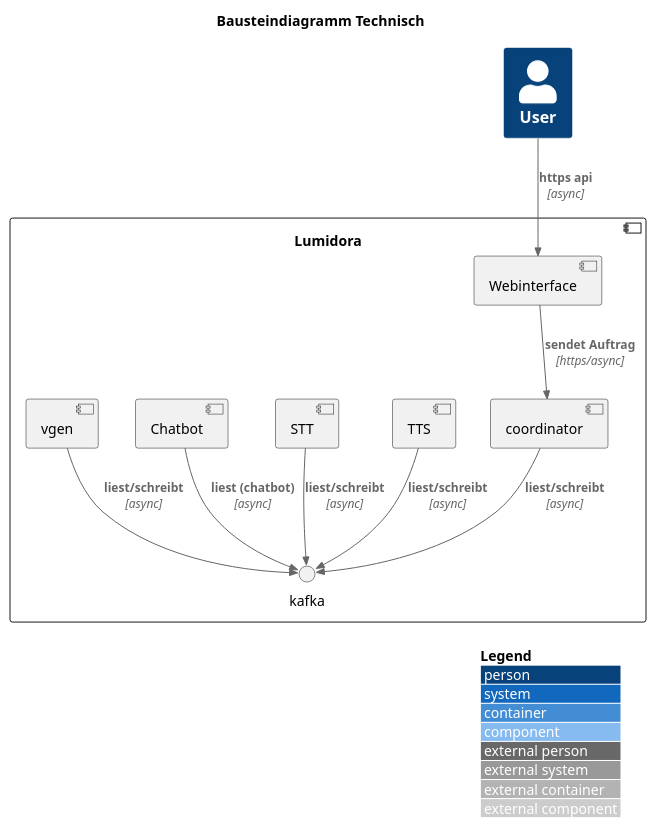
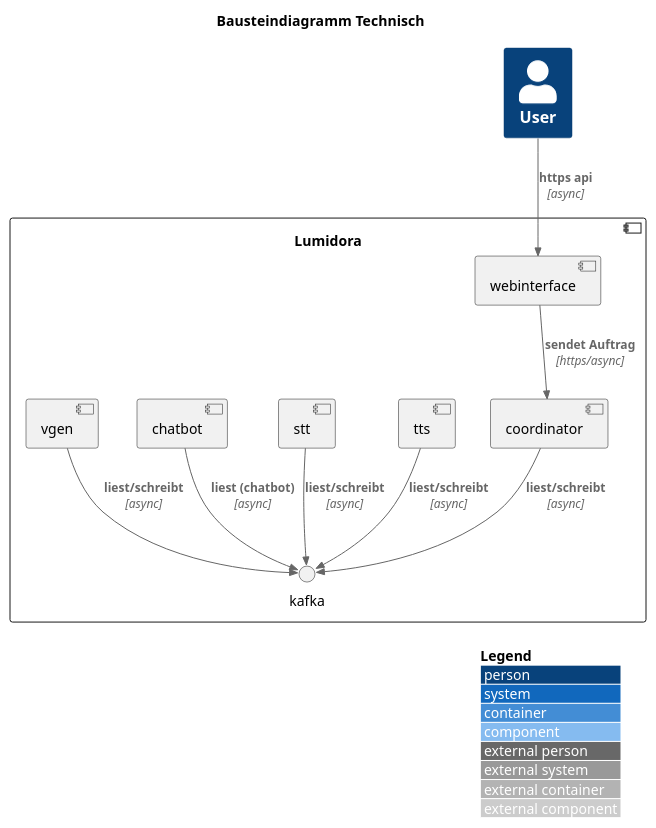
One commit to koshisinthehouse/lumidora-documentation changed the diagram in docs/modules/ROOT/examples/bausteinansicht/bausteinansicht-technisch.plantuml. Above: the diagram before and after it, drawn with PlantUML.

```diff
--- a/docs/modules/ROOT/examples/bausteinansicht/bausteinansicht-technisch.plantuml
+++ b/docs/modules/ROOT/examples/bausteinansicht/bausteinansicht-technisch.plantuml
@@ -1,29 +1,29 @@
 @startuml
 !include ../../partials/diagrams/plantuml-stdlib/C4-PlantUML/C4_Component.puml
 
 LAYOUT_WITH_LEGEND()
 
 title Bausteindiagramm Technisch
 
 Person(benutzer, "User", "")
 
 component "Lumidora" as lumidora {
-    component "Webinterface" as webinterface
+    component "webinterface" as webinterface
     component "coordinator" as coordinator
-    component "TTS" as tts
-    component "STT" as stt
-    component "Chatbot" as chatbot
+    component "tts" as tts
+    component "stt" as stt
+    component "chatbot" as chatbot
     component "vgen" as vgen
     () kafka
 }
 
 Rel(benutzer, webinterface, "https api", "async")
 Rel(webinterface, coordinator, "sendet Auftrag", "https/async")
 
 Rel(chatbot, kafka, "liest (chatbot)", "async")
 Rel(tts, kafka, "liest/schreibt", "async")
 Rel(stt, kafka, "liest/schreibt", "async")
 Rel(vgen, kafka, "liest/schreibt", "async")
 Rel(coordinator, kafka, "liest/schreibt", "async")
 
 @enduml
```
